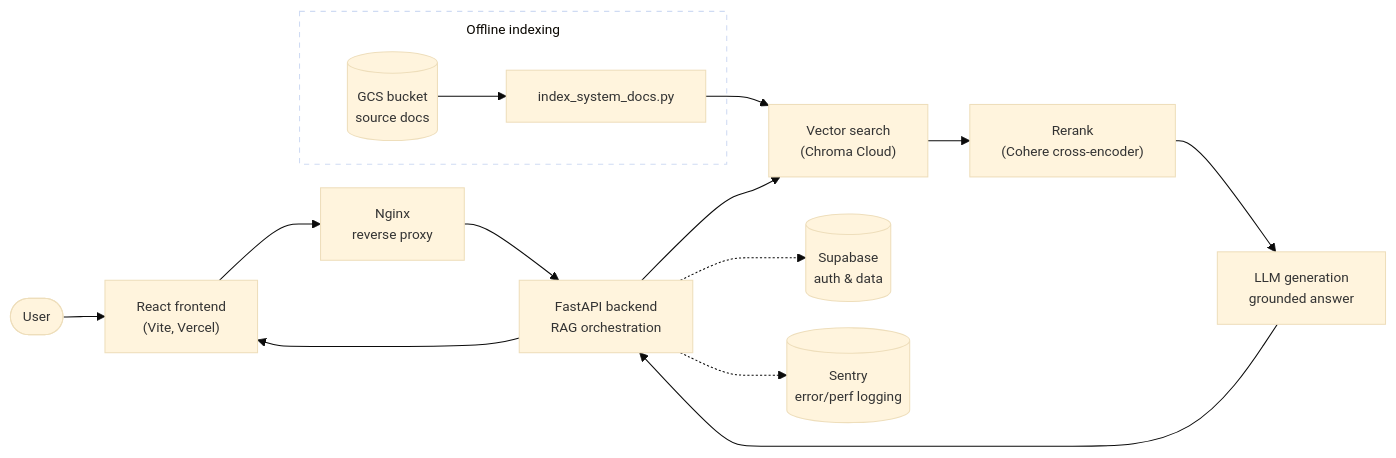
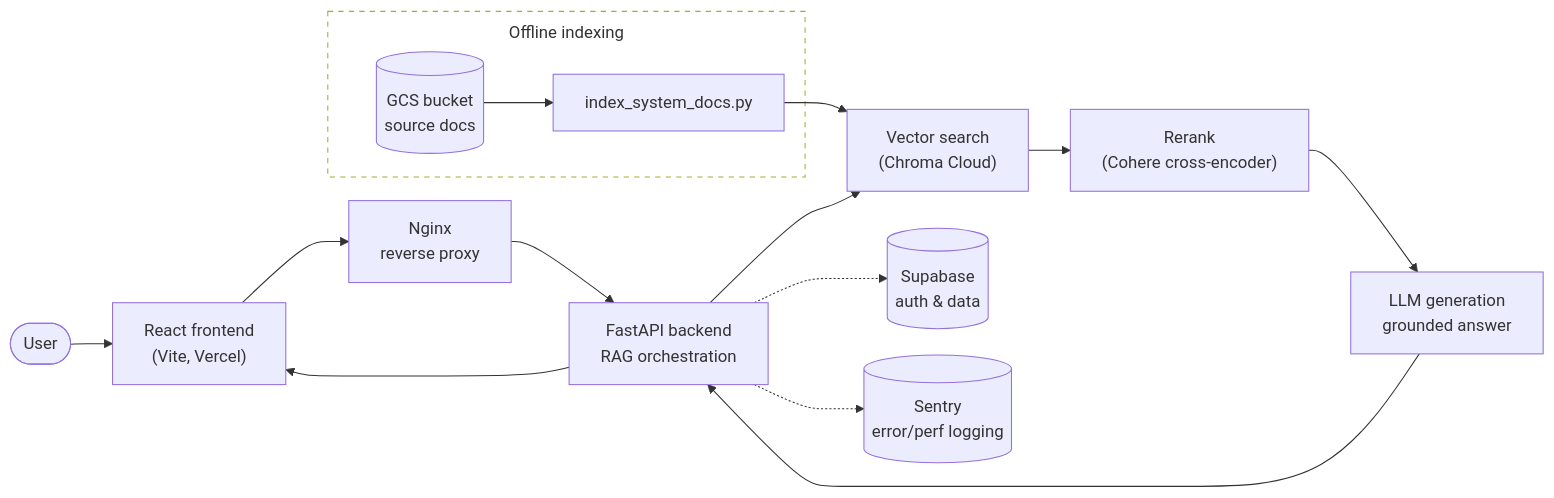
The diagram in README.md (xurichard19/strength-and-conditioning-rag), drawn with Mermaid before and after one commit.

Commit message:
Modify Mermaid chart configuration
Updated Mermaid chart initialization parameters in README.

````diff
--- a/README.md
+++ b/README.md
@@ -7,23 +7,23 @@
 ```mermaid
-%%{init: {'theme': 'base', 'themeVariables': {'fontSize': '13px'}, 'flowchart': {'nodeSpacing': 25, 'rankSpacing': 40, 'curve': 'basis', 'subGraphTitleMargin': {'top': 8, 'bottom': 8}}}}%%
+%%{init: {'flowchart': {'nodeSpacing': 25, 'rankSpacing': 40, 'curve': 'basis', 'subGraphTitleMargin': {'top': 8, 'bottom': 8}}}}%%
 flowchart LR
     User(["User"]) --> FE["React frontend<br/>(Vite, Vercel)"]
     FE --> Nginx["Nginx<br/>reverse proxy"]
     Nginx --> API["FastAPI backend<br/>RAG orchestration"]
 
     API --> Retrieve["Vector search<br/>(Chroma Cloud)"]
     Retrieve --> Rerank["Rerank<br/>(Cohere cross-encoder)"]
     Rerank --> Gen["LLM generation<br/>grounded answer"]
     Gen --> API
     API --> FE
 
     API -.-> Auth[("Supabase<br/>auth & data")]
     API -.-> Log[("Sentry<br/>error/perf logging")]
 
     subgraph Ingestion["Offline indexing"]
         Docs[("GCS bucket<br/>source docs")] --> Index["index_system_docs.py"]
     end
     Index --> Retrieve
 
     style Ingestion fill:none,stroke-dasharray: 5 5
 ```
````
